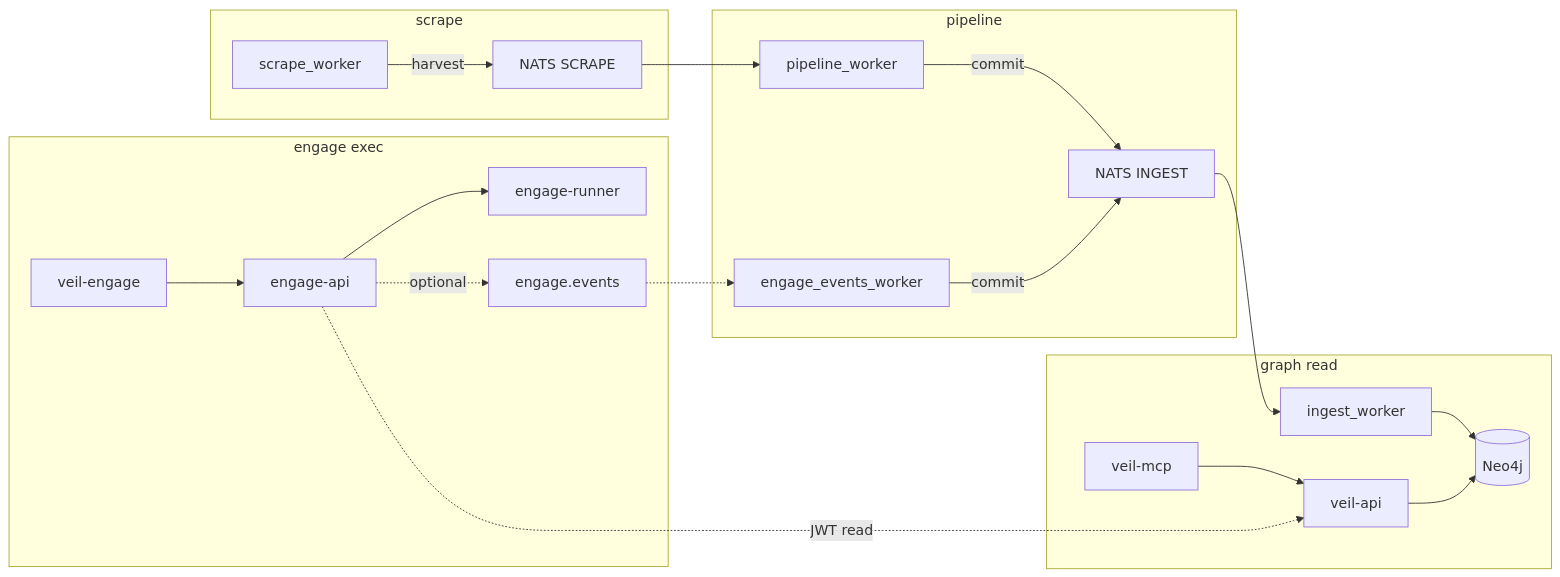
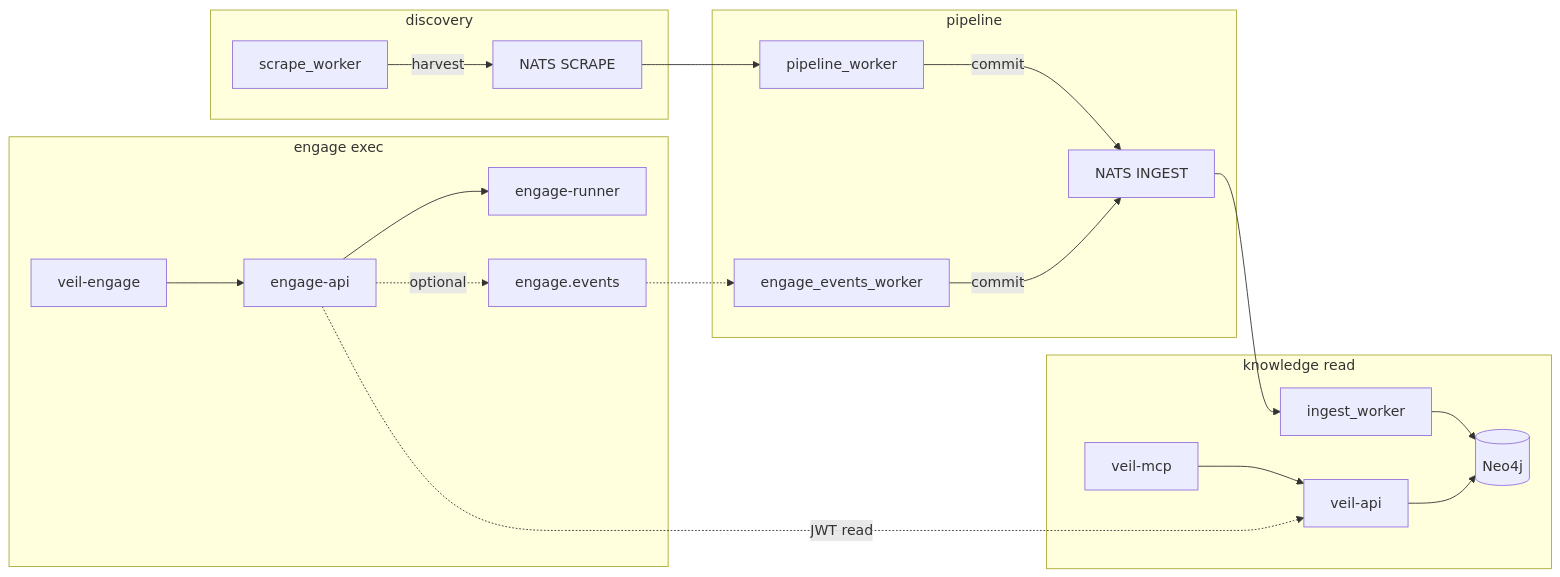
Before and after one commit to butbeautifulv/threat_intelligence: the diagram in README.md, drawn with Mermaid. The commit also changed other lines of this file and 4 other files, not shown here.

First line of the commit message:
docs(platform): v8 complete — README, AGENTS, architecture handoff

````diff
--- a/README.md
+++ b/README.md
@@ -24,33 +24,33 @@
 ```mermaid
 flowchart LR
-  subgraph scrape [scrape]
+  subgraph discovery [discovery]
     SW[scrape_worker]
     SW -->|harvest| NATS1[NATS SCRAPE]
   end
   subgraph pipeline [pipeline]
     PW[pipeline_worker]
     EEW[engage_events_worker]
     NATS1 --> PW
     PW -->|commit| NATS2[NATS INGEST]
     EEW -->|commit| NATS2
   end
-  subgraph graph [graph read]
+  subgraph knowledge [knowledge read]
     IW[ingest_worker]
     Neo4j[(Neo4j)]
     API[veil-api]
     MCPg[veil-mcp]
     NATS2 --> IW --> Neo4j
     API --> Neo4j
     MCPg --> API
   end
   subgraph engage [engage exec]
     EngAPI[engage-api]
     EngMCP[veil-engage]
     Runner[engage-runner]
     EngMCP --> EngAPI
     EngAPI --> Runner
     EngAPI -.->|JWT read| API
     EngAPI -.->|optional| NATS_E[engage.events]
     NATS_E -.-> EEW
   end
 ```
````
